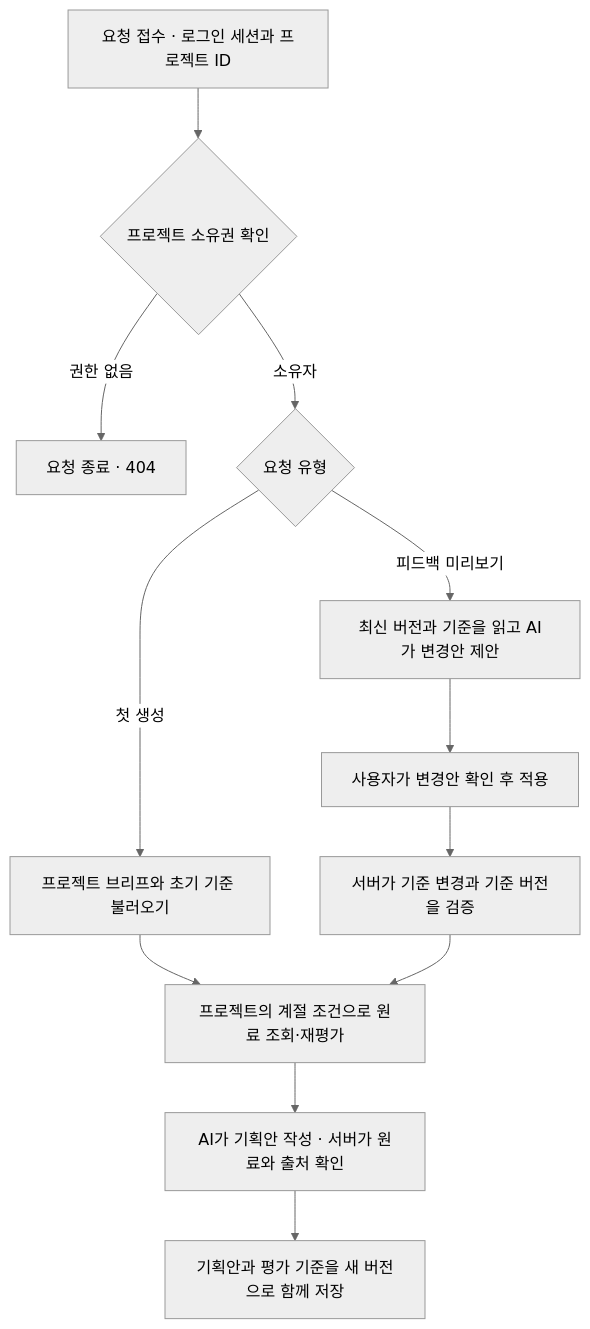
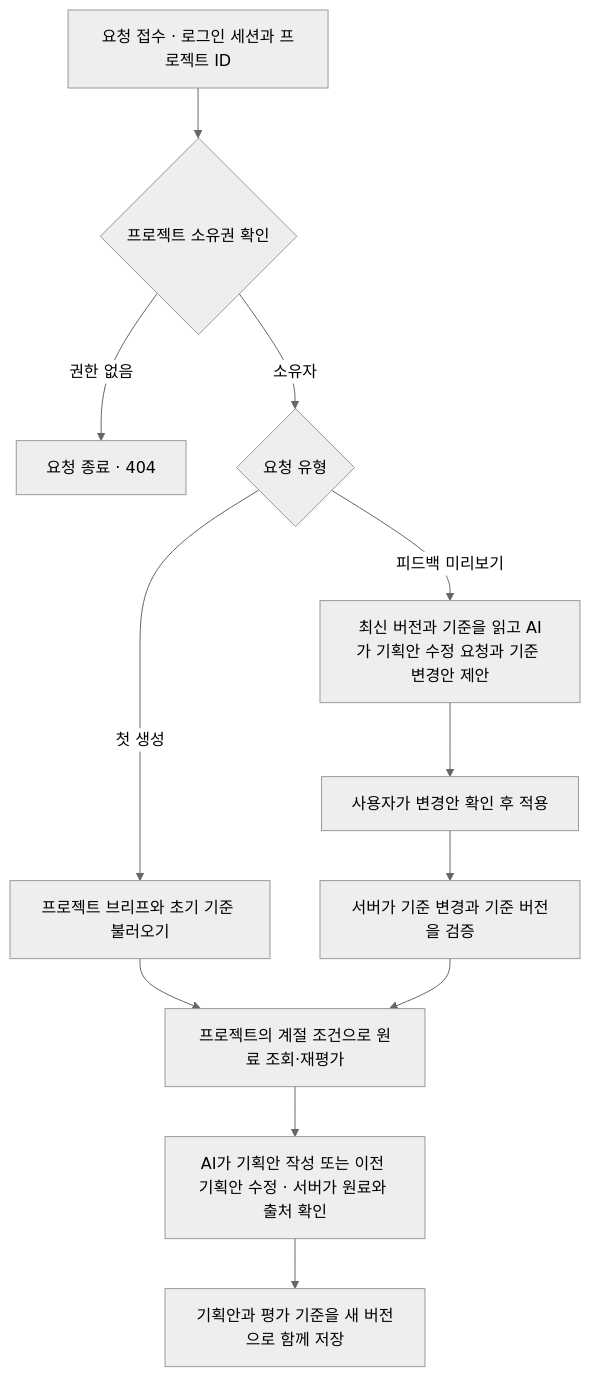
The second of 4 diagrams in PRD.md (maclovedany/Herbal-Cosmetics-Planner), drawn with Mermaid (neutral theme) before and after one commit. The commit also changed other lines of this file and 20 other files, not shown here.

````diff
--- a/PRD.md
+++ b/PRD.md
@@ -114,14 +119,14 @@
 ```mermaid
 flowchart TD
     A[요청 접수 · 로그인 세션과 프로젝트 ID] --> B{프로젝트 소유권 확인}
     B -- 권한 없음 --> X[요청 종료 · 404]
     B -- 소유자 --> C{요청 유형}
     C -- 첫 생성 --> D[프로젝트 브리프와 초기 기준 불러오기]
-    C -- 피드백 미리보기 --> E[최신 버전과 기준을 읽고 AI가 변경안 제안]
+    C -- 피드백 미리보기 --> E[최신 버전과 기준을 읽고 AI가 기획안 수정 요청과 기준 변경안 제안]
     E --> F[사용자가 변경안 확인 후 적용]
     F --> G[서버가 기준 변경과 기준 버전을 검증]
     D --> H[프로젝트의 계절 조건으로 원료 조회·재평가]
     G --> H
-    H --> K[AI가 기획안 작성 · 서버가 원료와 출처 확인]
+    H --> K[AI가 기획안 작성 또는 이전 기획안 수정 · 서버가 원료와 출처 확인]
     K --> M[기획안과 평가 기준을 새 버전으로 함께 저장]
 ```
````
